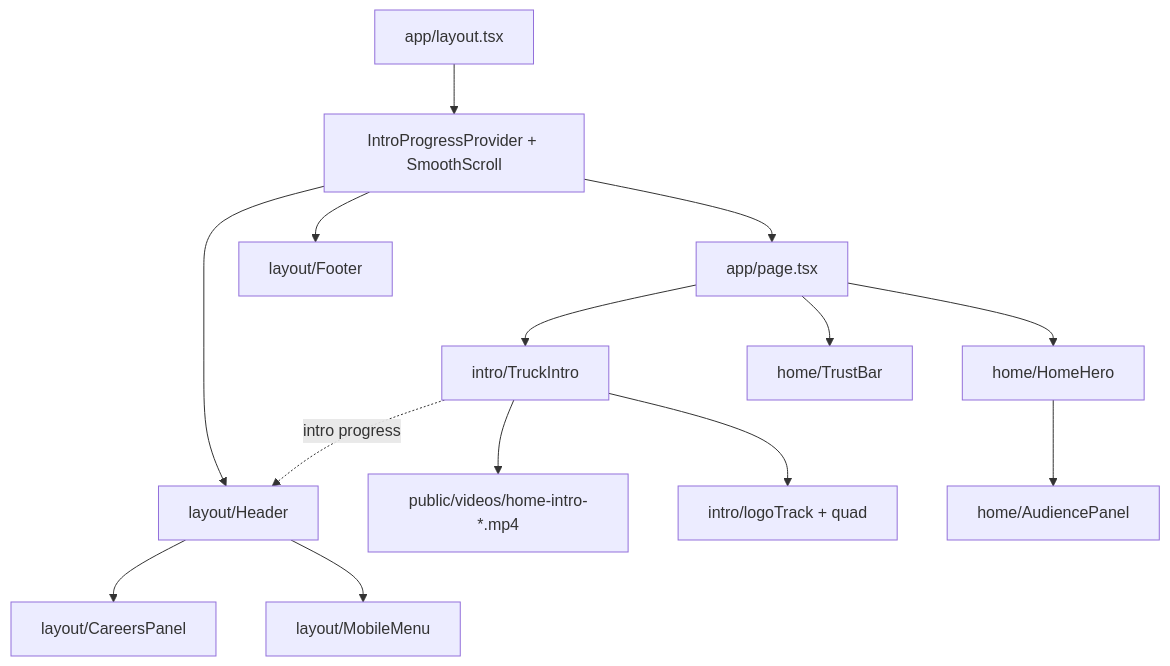
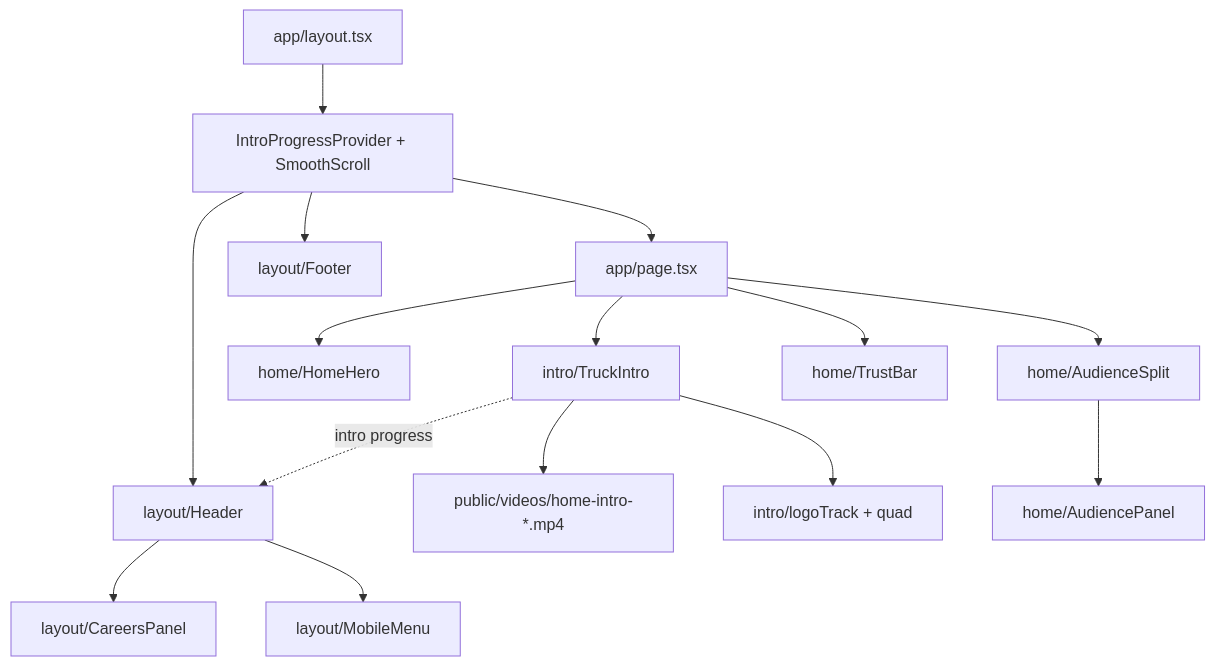
The diagram in docs/NAVIGATION.md (stadlerv3311/laughing-dollop), drawn with Mermaid before and after one commit. The commit also changed other lines of this file and 13 other files, not shown here.

````diff
--- a/docs/NAVIGATION.md
+++ b/docs/NAVIGATION.md
@@ -49,16 +49,17 @@
 ```mermaid
 flowchart TD
   Layout["app/layout.tsx"] --> Providers["IntroProgressProvider + SmoothScroll"]
   Providers --> Header["layout/Header"]
   Providers --> Page["app/page.tsx"]
   Providers --> Footer["layout/Footer"]
   Header --> CareersPanel["layout/CareersPanel"]
   Header --> MobileMenu["layout/MobileMenu"]
   Page --> TruckIntro["intro/TruckIntro"]
   Page --> HomeHero["home/HomeHero"]
+  Page --> AudienceSplit["home/AudienceSplit"]
   Page --> TrustBar["home/TrustBar"]
   TruckIntro --> Video["public/videos/home-intro-*.mp4"]
   TruckIntro --> LogoTrack["intro/logoTrack + quad"]
-  HomeHero --> AudiencePanel["home/AudiencePanel"]
+  AudienceSplit --> AudiencePanel["home/AudiencePanel"]
   TruckIntro -. "intro progress" .-> Header
 ```
````
